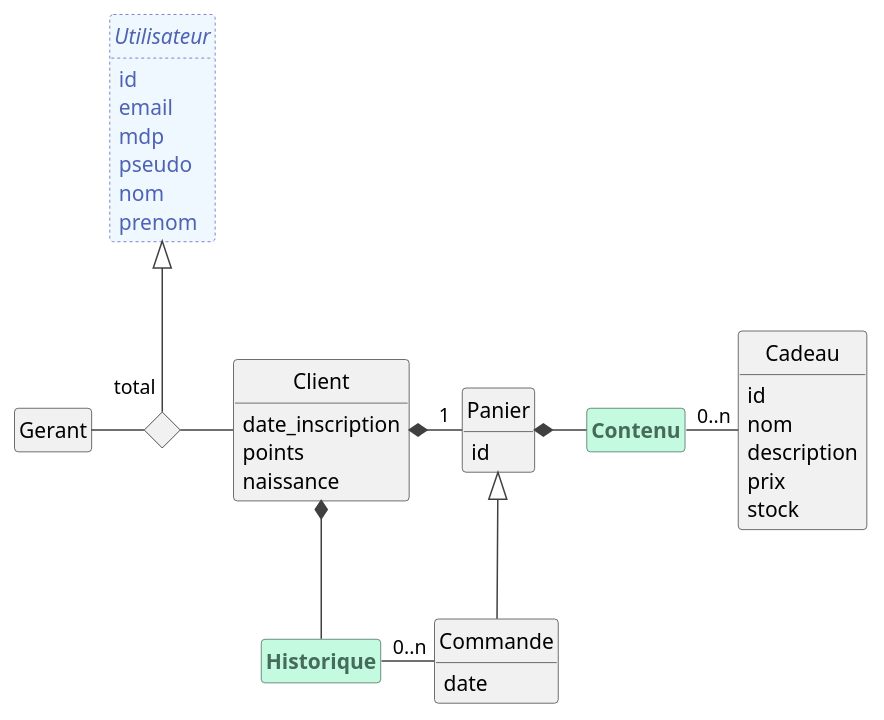
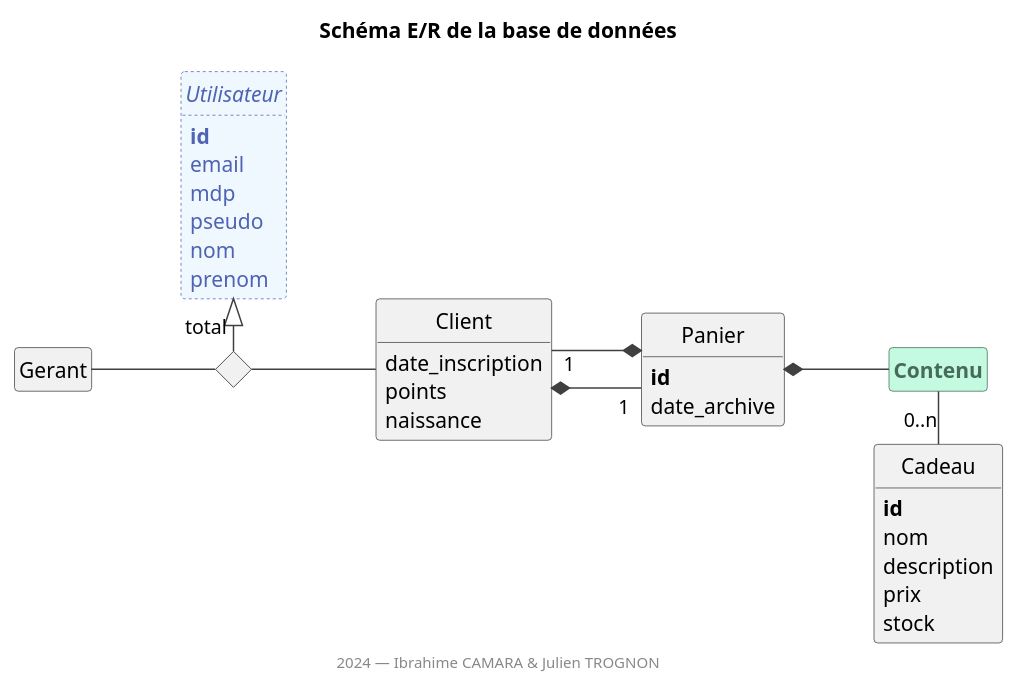
Before and after one commit to JulienTrognon/fidelite: the diagram in suivi-projet/schema.puml, drawn with PlantUML. The commit also changed 1 other file, not shown here.

Commit message:
Schéma E/R corrigé

```diff
--- a/suivi-projet/schema.puml
+++ b/suivi-projet/schema.puml
@@ -1,98 +1,93 @@
 @startuml schema
 
+skinparam linetype ortho
+left to right direction
 hide empty members
 hide circles
 hide <<abstract>> stereotype
 hide <<entity>> stereotype
 hide <<relationship>> stereotype
 
 <style>
   classDiagram {
     LineColor #404040
     class {
       .abstract {
         LineColor #4f63b3
         LineStyle 2
         FontColor #4f63b3
         BackgroundColor aliceblue
         header {
           FontStyle italic
         }
       }
       .relationship {
         BackgroundColor #c3fae0
         LineColor #466b5a
         FontColor #466b5a
         header {
           FontStyle bold
         }
       }
     }
   }
 </style>
 
+title Schéma E/R de la base de données
+footer 2024 — Ibrahime CAMARA & Julien TROGNON
+
+
 ' Utilisateurs
 class Utilisateur <<abstract>> {
-    id
-    email
-    mdp
-    pseudo
-    nom
-    prenom
+  <b>id
+  email
+  mdp
+  pseudo
+  nom
+  prenom
 }
 
 class Gerant
 
 class Client {
-    date_inscription
-    points
-    naissance
+  date_inscription
+  points
+  naissance
 }
 
 
 diamond diamondUtilisateur
 
-Utilisateur <|-- "total" diamondUtilisateur
-diamondUtilisateur -left- Gerant
-diamondUtilisateur -right- Client
+Utilisateur <|-right- "total" diamondUtilisateur
+diamondUtilisateur -up- Gerant
+diamondUtilisateur -down- Client
 
 
 ' Cadeaux
 class Cadeau {
-    id
-    nom
-    description
-    prix
-    stock
+  <b>id
+  nom
+  description
+  prix
+  stock
 }
 
 
 ' Panier
 class Panier {
-    id
+  <b>id
+  date_archive
 }
 
+Client *-- "1" Panier
+Client "1" --* Panier
 
-' Commande
-class Commande {
-    date
-}
-
-
-Panier <|-- Commande
-
-Client *- "1" Panier
 
 class Contenu <<relationship>>
 
-Panier *- Contenu
+Panier *-- Contenu
 Contenu - "0..n" Cadeau
-
-class Historique <<relationship>>
-
-Client *-- Historique
-Historique - "0..n" Commande
 
 
 
 @enduml
```
